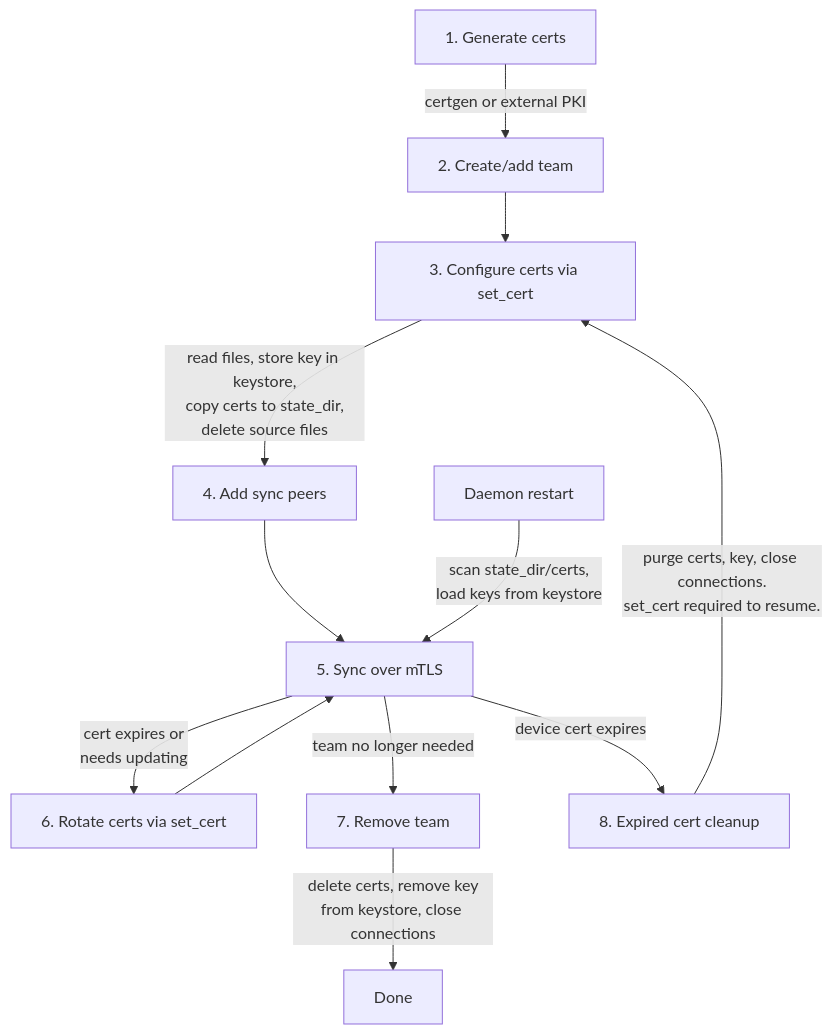
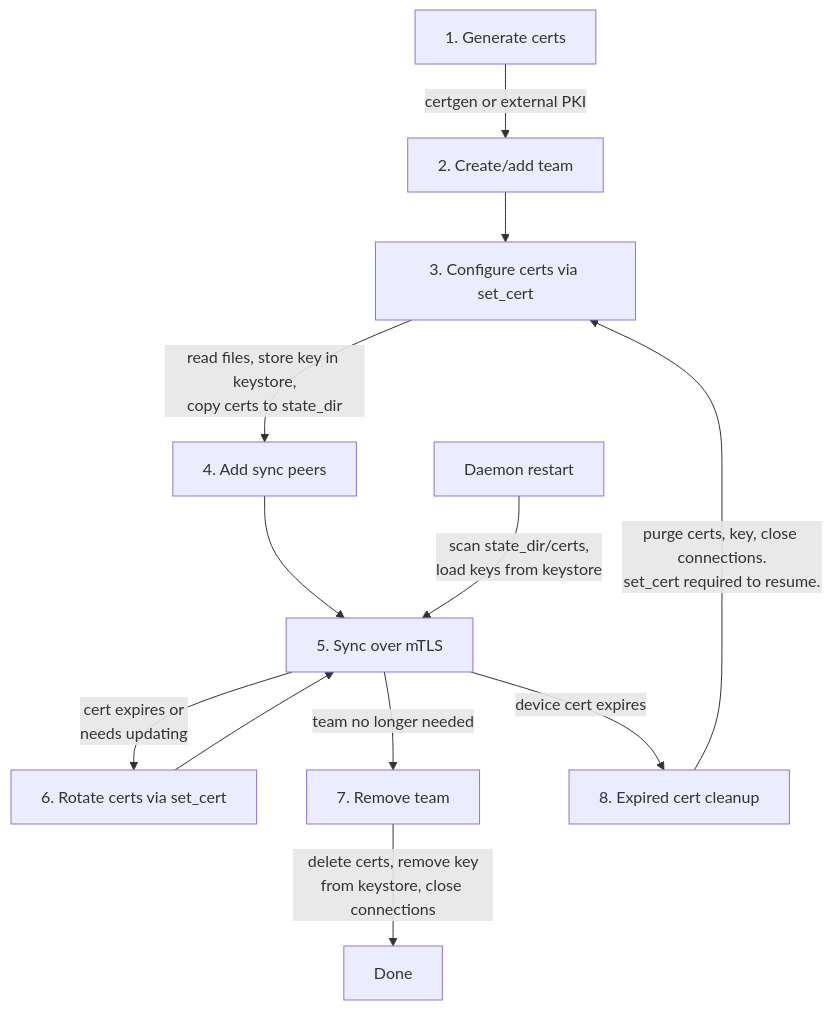
Before and after one commit to aranya-project/aranya-docs: the diagram in docs/mtls.md, drawn with Mermaid. The commit also changed other lines of this file, not shown here.

First line of the commit message:
mtls: daemon does not delete source cert/key files

````diff
--- a/docs/mtls.md
+++ b/docs/mtls.md
@@ -70,16 +70,16 @@
 ```mermaid
 flowchart TD
     A[1. Generate certs] -->|certgen or external PKI| B[2. Create/add team]
     B --> C[3. Configure certs via set_cert]
-    C -->|read files, store key in keystore,<br/>copy certs to state_dir,<br/>delete source files| D[4. Add sync peers]
+    C -->|read files, store key in keystore,<br/>copy certs to state_dir| D[4. Add sync peers]
     D --> E[5. Sync over mTLS]
     E -->|cert expires or<br/>needs updating| F[6. Rotate certs via set_cert]
     F --> E
     E -->|team no longer needed| G[7. Remove team]
     G -->|delete certs, remove key<br/>from keystore, close connections| H[Done]
 
     I[Daemon restart] -->|scan state_dir/certs,<br/>load keys from keystore| E
 
     E -->|device cert expires| J[8. Expired cert cleanup]
     J -->|purge certs, key, close connections.<br/>set_cert required to resume.| C
 ```
````
